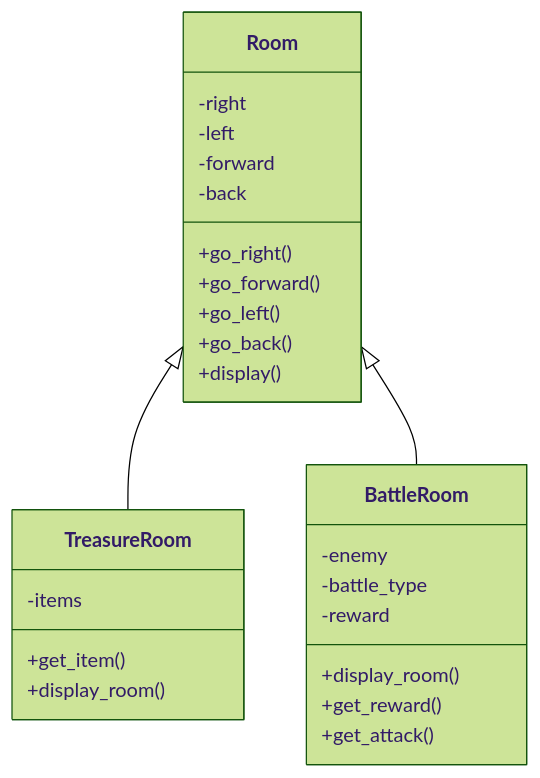
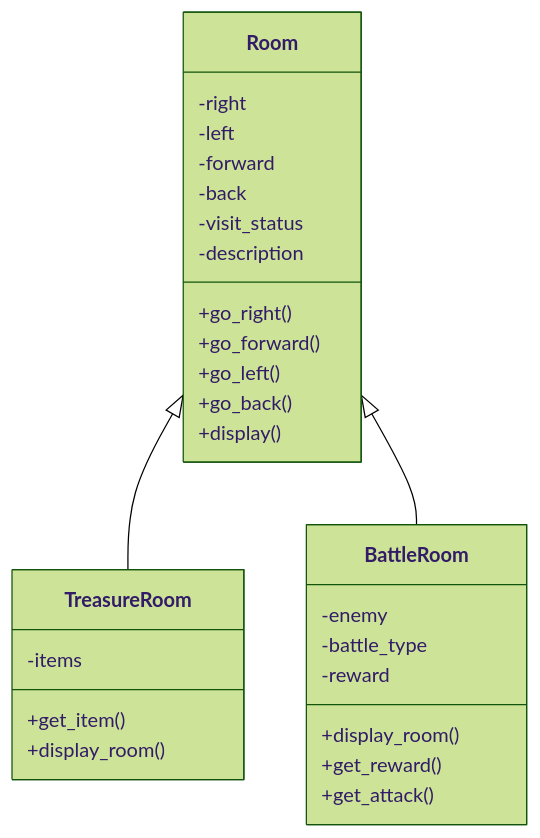
The first of 3 diagrams in README.md (edward-yee-ny/j1-summary-project-private-), drawn with Mermaid (forest theme) before and after one commit. The commit also changed other lines of this file, not shown here.

````diff
--- a/README.md
+++ b/README.md
@@ -60,24 +60,26 @@
 ```mermaid
 classDiagram
     Room <|-- TreasureRoom
     Room <|-- BattleRoom
     Room : -right
     Room : -left
     Room : -forward
     Room : -back
+    Room : -visit_status
+    Room : -description
     Room : +go_right()
     Room : +go_forward()
     Room : +go_left()
     Room : +go_back()
     Room : +display()
     TreasureRoom : -items
     TreasureRoom : +get_item()
     TreasureRoom : +display_room()
     BattleRoom : -enemy
     BattleRoom : -battle_type
     BattleRoom : -reward
     BattleRoom : +display_room()
     BattleRoom : +get_reward()
     BattleRoom : +get_attack()
     
 ```
````
